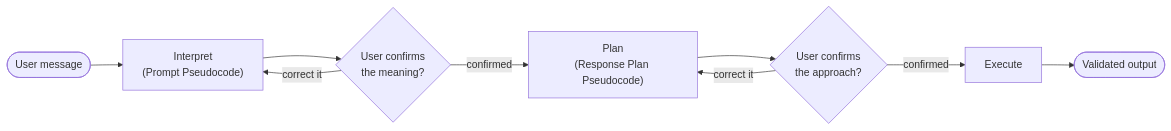
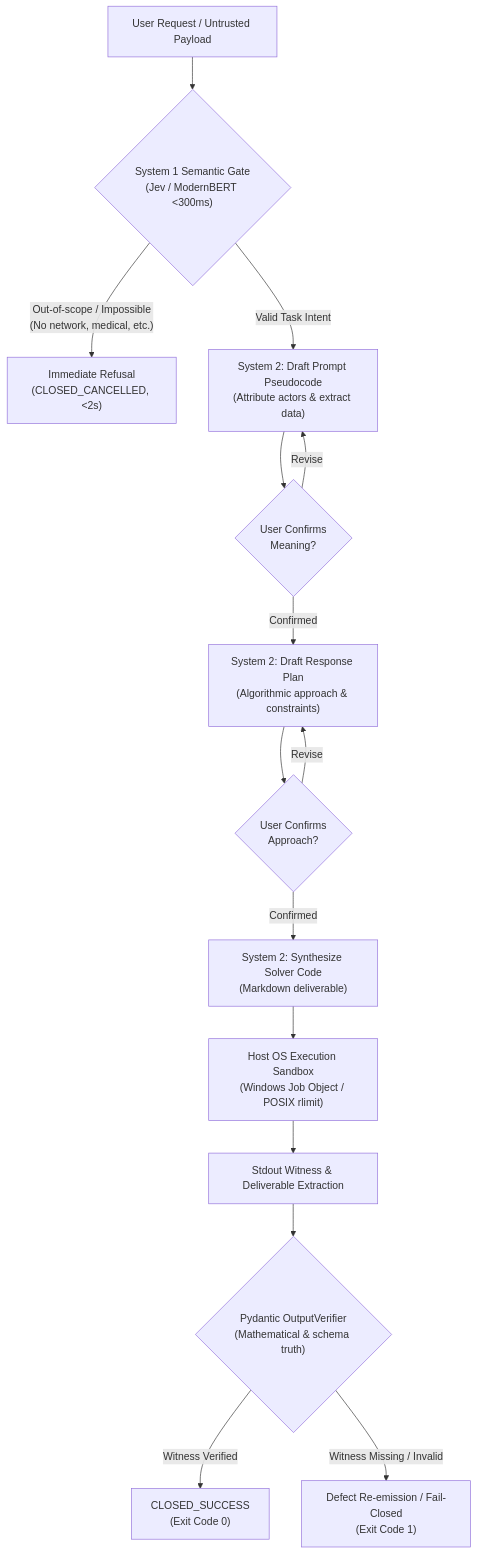
One commit to paragon-ux/PDL-Standard-REPL-Harness changed the diagram in docs/architecture/whitepaper.md. Above: the diagram before and after it, drawn with Mermaid. The commit also changed other lines of this file and 61 other files, not shown here.

````diff
--- a/docs/architecture/whitepaper.md
+++ b/docs/architecture/whitepaper.md
@@ -34,11 +46,17 @@
 ```mermaid
-flowchart LR
-    U(["User message"]) --> I["Interpret\n(Prompt Pseudocode)"]
-    I --> C1{"User confirms\nthe meaning?"}
-    C1 -- "correct it" --> I
-    C1 -- "confirmed" --> P["Plan\n(Response Plan Pseudocode)"]
-    P --> C2{"User confirms\nthe approach?"}
-    C2 -- "correct it" --> P
-    C2 -- "confirmed" --> E["Execute"]
-    E --> O(["Validated output"])
+flowchart TD
+    U["User Request / Untrusted Payload"] --> S1{"System 1 Semantic Gate\n(Jev / ModernBERT <300ms)"}
+    S1 -- "Out-of-scope / Impossible\n(No network, medical, etc.)" --> REF["Immediate Refusal\n(CLOSED_CANCELLED, <2s)"]
+    S1 -- "Valid Task Intent" --> S2P["System 2: Draft Prompt Pseudocode\n(Attribute actors & extract data)"]
+    S2P --> C1{"User Confirms\nMeaning?"}
+    C1 -- "Revise" --> S2P
+    C1 -- "Confirmed" --> S2PL["System 2: Draft Response Plan\n(Algorithmic approach & constraints)"]
+    S2PL --> C2{"User Confirms\nApproach?"}
+    C2 -- "Revise" --> S2PL
+    C2 -- "Confirmed" --> S2EX["System 2: Synthesize Solver Code\n(Markdown deliverable)"]
+    S2EX --> SBX["Host OS Execution Sandbox\n(Windows Job Object / POSIX rlimit)"]
+    SBX --> WIT["Stdout Witness & Deliverable Extraction"]
+    WIT --> PYD{"Pydantic OutputVerifier\n(Mathematical & schema truth)"}
+    PYD -- "Witness Verified" --> CS["CLOSED_SUCCESS\n(Exit Code 0)"]
+    PYD -- "Witness Missing / Invalid" --> ERR["Defect Re-emission / Fail-Closed\n(Exit Code 1)"]
 ```
````
